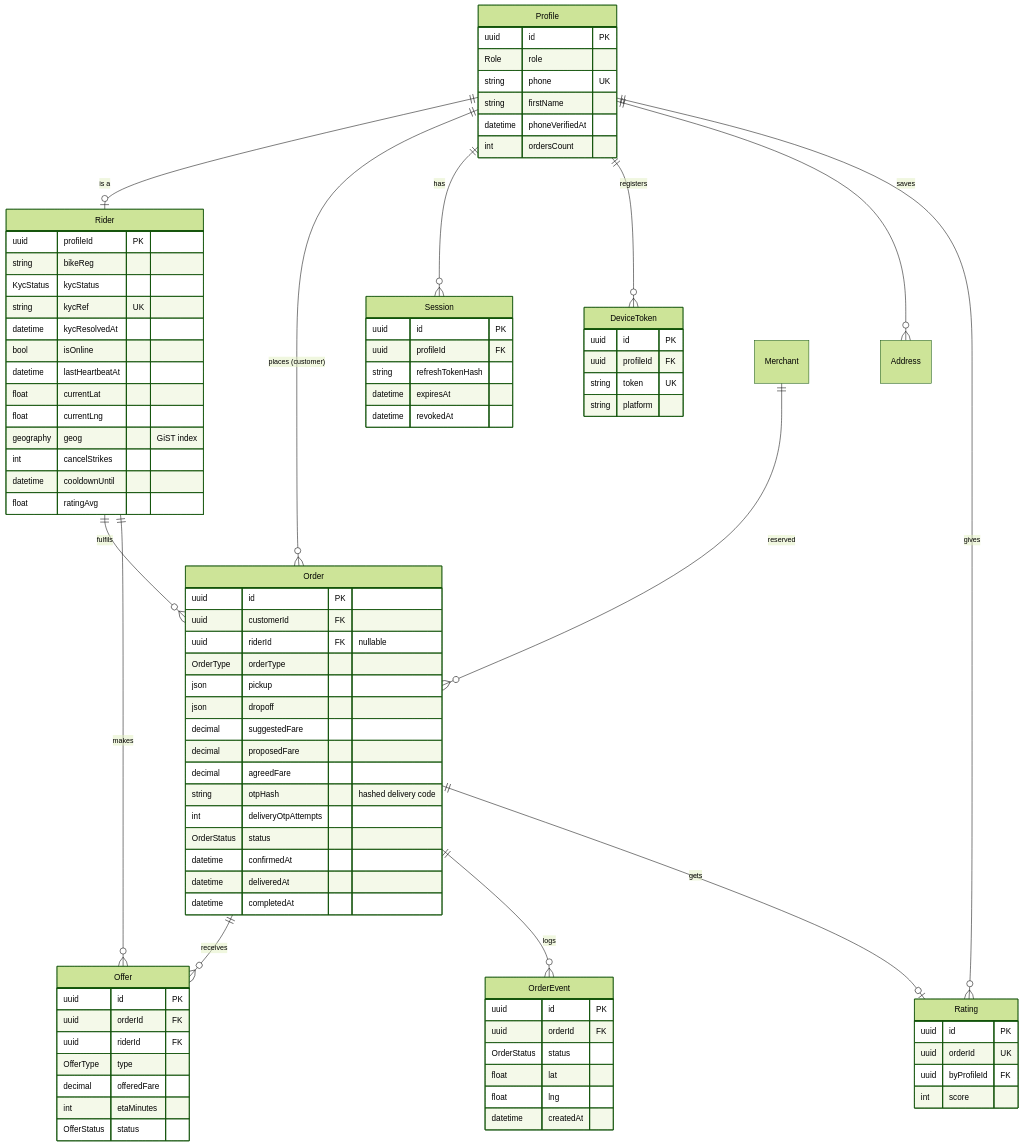
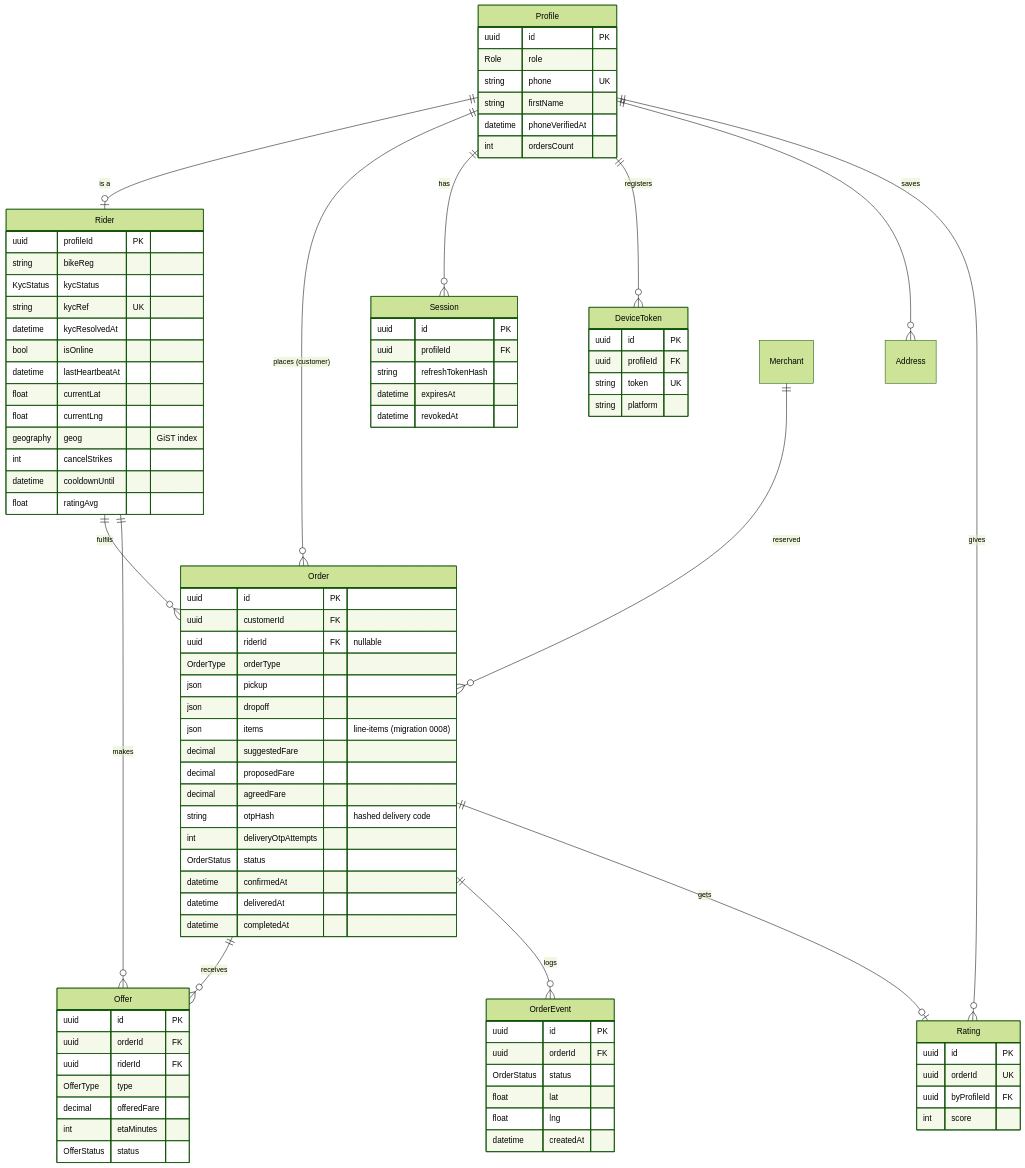
The sixth of 16 diagrams in docs/ARCHITECTURE.md (unnfazzed/Lynia), drawn with Mermaid (forest theme) before and after one commit. The commit also changed other lines of this file and 19 other files, not shown here.

```diff
--- a/docs/ARCHITECTURE.md
+++ b/docs/ARCHITECTURE.md
@@ -459,6 +463,7 @@
         OrderType orderType
         json pickup
         json dropoff
+        json items "line-items (migration 0008)"
         decimal suggestedFare
         decimal proposedFare
         decimal agreedFare
```
